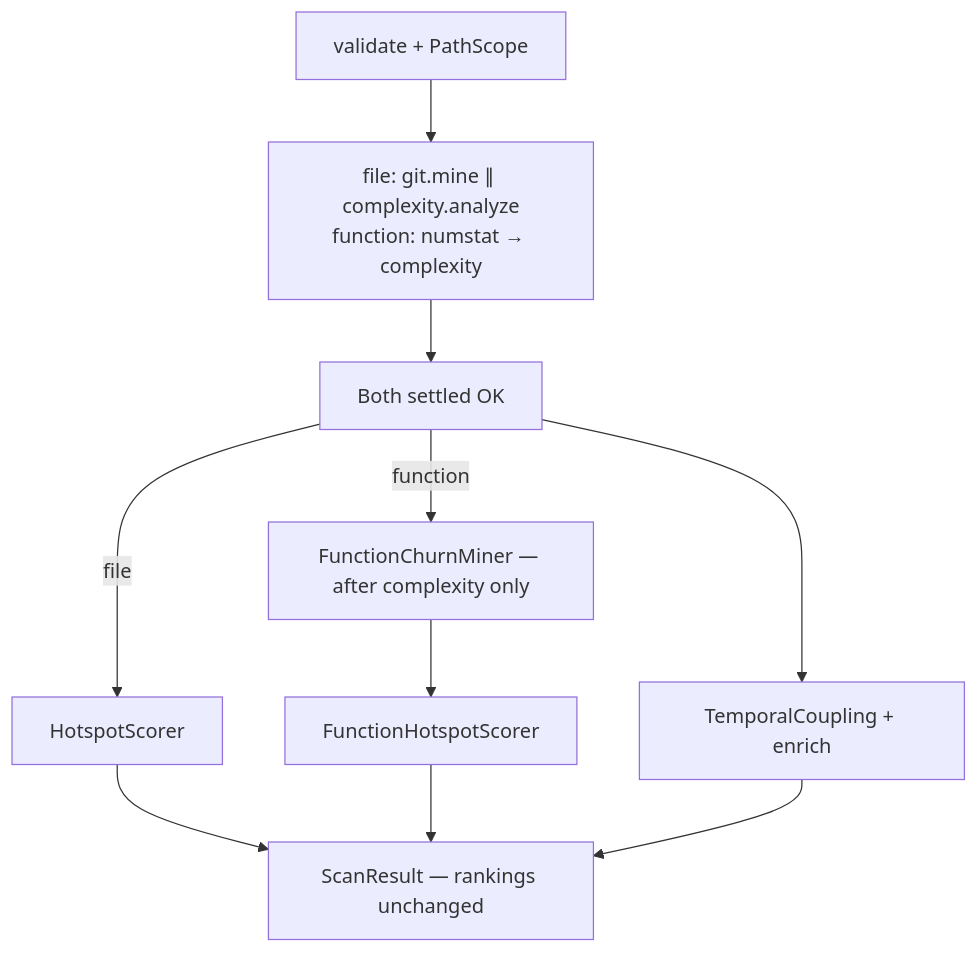
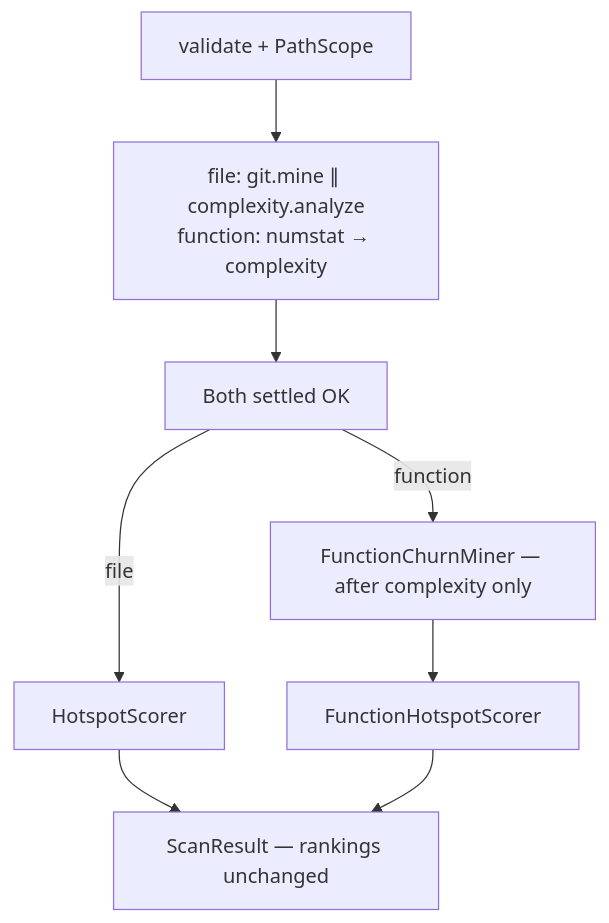
Before and after one commit to AlanTaranti/hotspot-scanner: the third of 3 diagrams in .specs/codebase/ARCHITECTURE.md, drawn with Mermaid. The commit also changed other lines of this file and 124 other files, not shown here.

Commit message:
feat(m56)!: remove temporal coupling analysis (JSON 2.0) Hard-cut removal of co-change pairs, static enrich, and coupling CLI/config. Scan and compare JSON bump to version 2.0 without a coupling field; legacy baselines are rejected. Git miner aggregates churn only.

````diff
--- a/.specs/codebase/ARCHITECTURE.md
+++ b/.specs/codebase/ARCHITECTURE.md
@@ -331,21 +324,18 @@
 ```mermaid
 flowchart TD
   Validate[validate + PathScope]
   Overlap["file: git.mine ∥ complexity.analyze\nfunction: numstat → complexity"]
   Barrier[Both settled OK]
   FileScore[HotspotScorer]
   FnChurn[FunctionChurnMiner — after complexity only]
   FnScore[FunctionHotspotScorer]
-  Coupling[TemporalCoupling + enrich]
   Result[ScanResult — rankings unchanged]
 
   Validate --> Overlap
   Overlap --> Barrier
   Barrier -->|file| FileScore
   Barrier -->|function| FnChurn
   FnChurn --> FnScore
-  Barrier --> Coupling
   FileScore --> Result
   FnScore --> Result
-  Coupling --> Result
 ```
````
